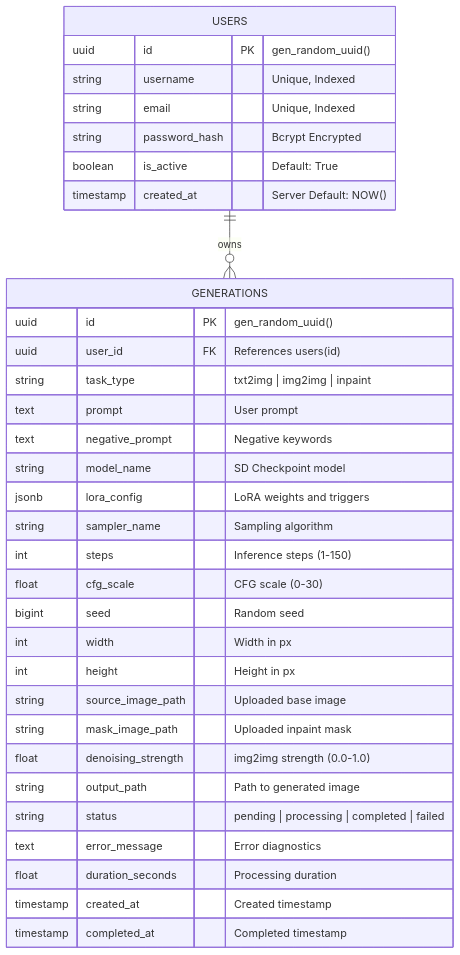
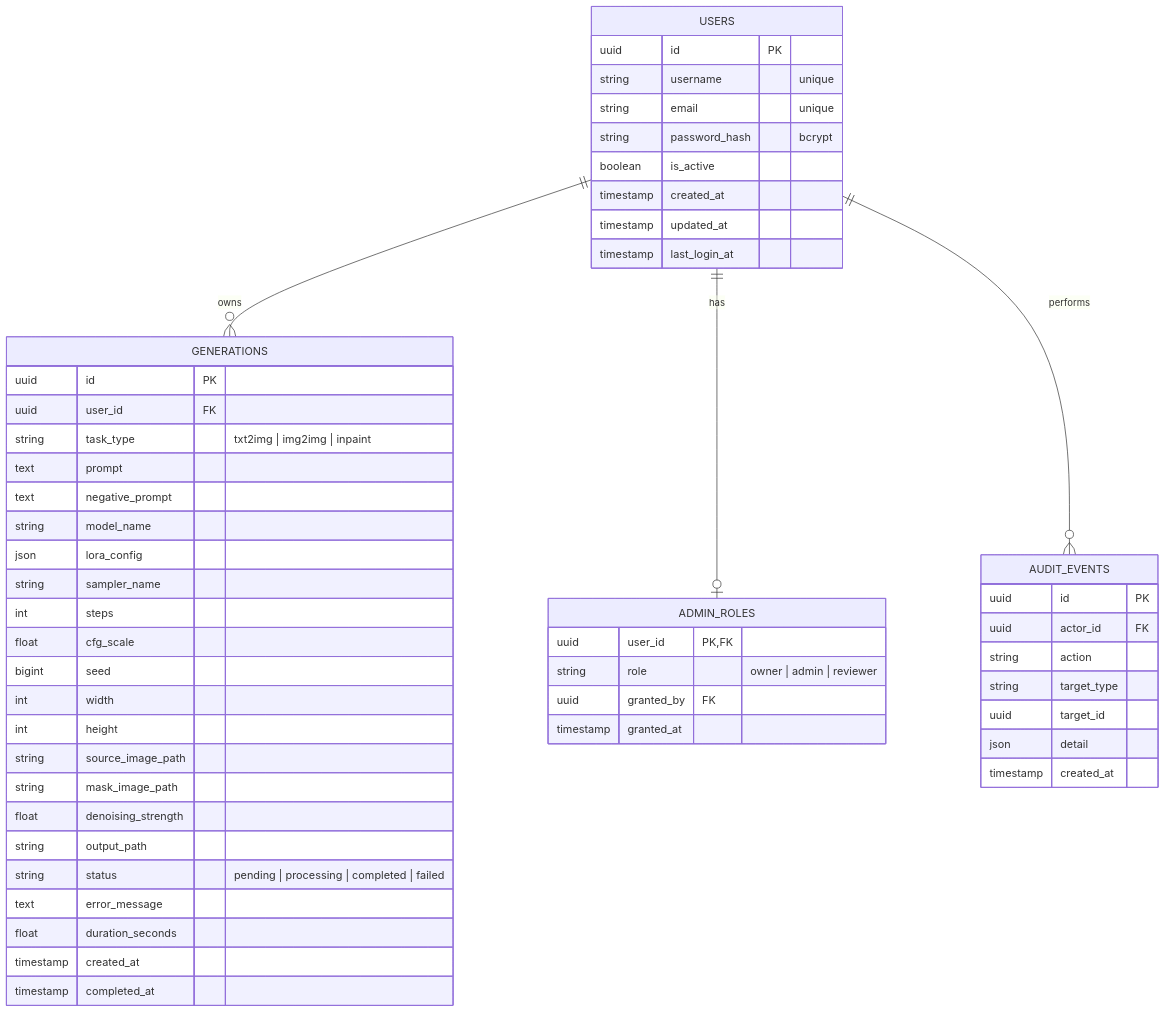
The third of 3 diagrams in README.md (Pongkarm/Project_Luma_PKW), drawn with Mermaid before and after one commit. The commit also changed other lines of this file and 3 other files, not shown here.

````diff
--- a/README.md
+++ b/README.md
@@ -88,36 +167,55 @@
 ```mermaid
 erDiagram
     USERS ||--o{ GENERATIONS : owns
+    USERS ||--o| ADMIN_ROLES : has
+    USERS ||--o{ AUDIT_EVENTS : performs
     USERS {
-        uuid id PK "gen_random_uuid()"
-        string username "Unique, Indexed"
-        string email "Unique, Indexed"
-        string password_hash "Bcrypt Encrypted"
-        boolean is_active "Default: True"
-        timestamp created_at "Server Default: NOW()"
+        uuid id PK
+        string username "unique"
+        string email "unique"
+        string password_hash "bcrypt"
+        boolean is_active
+        timestamp created_at
+        timestamp updated_at
+        timestamp last_login_at
     }
     GENERATIONS {
-        uuid id PK "gen_random_uuid()"
-        uuid user_id FK "References users(id)"
+        uuid id PK
+        uuid user_id FK
         string task_type "txt2img | img2img | inpaint"
-        text prompt "User prompt"
-        text negative_prompt "Negative keywords"
-        string model_name "SD Checkpoint model"
-        jsonb lora_config "LoRA weights and triggers"
-        string sampler_name "Sampling algorithm"
-        int steps "Inference steps (1-150)"
-        float cfg_scale "CFG scale (0-30)"
-        bigint seed "Random seed"
-        int width "Width in px"
-        int height "Height in px"
-        string source_image_path "Uploaded base image"
-        string mask_image_path "Uploaded inpaint mask"
-        float denoising_strength "img2img strength (0.0-1.0)"
-        string output_path "Path to generated image"
+        text prompt
+        text negative_prompt
+        string model_name
+        json lora_config
+        string sampler_name
+        int steps
+        float cfg_scale
+        bigint seed
+        int width
+        int height
+        string source_image_path
+        string mask_image_path
+        float denoising_strength
+        string output_path
         string status "pending | processing | completed | failed"
-        text error_message "Error diagnostics"
-        float duration_seconds "Processing duration"
-        timestamp created_at "Created timestamp"
-        timestamp completed_at "Completed timestamp"
+        text error_message
+        float duration_seconds
+        timestamp created_at
+        timestamp completed_at
+    }
+    ADMIN_ROLES {
+        uuid user_id PK, FK
+        string role "owner | admin | reviewer"
+        uuid granted_by FK
+        timestamp granted_at
+    }
+    AUDIT_EVENTS {
+        uuid id PK
+        uuid actor_id FK
+        string action
+        string target_type
+        uuid target_id
+        json detail
+        timestamp created_at
     }
 ```
````
